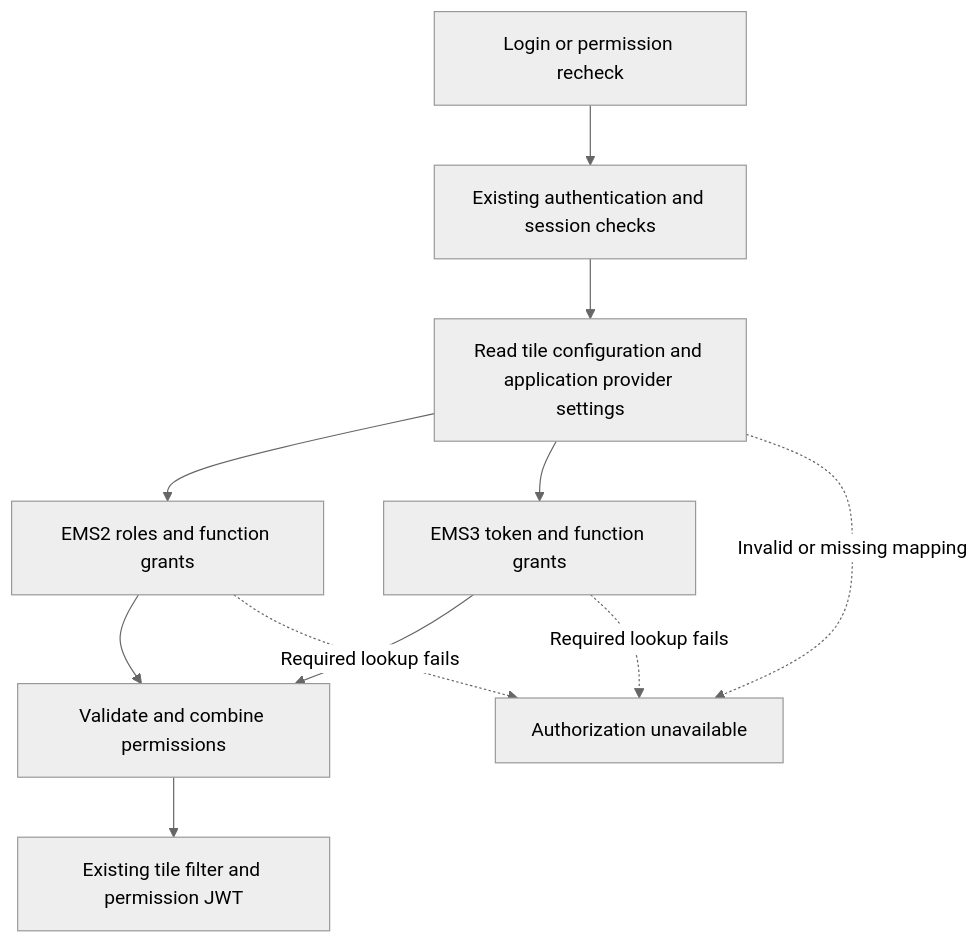
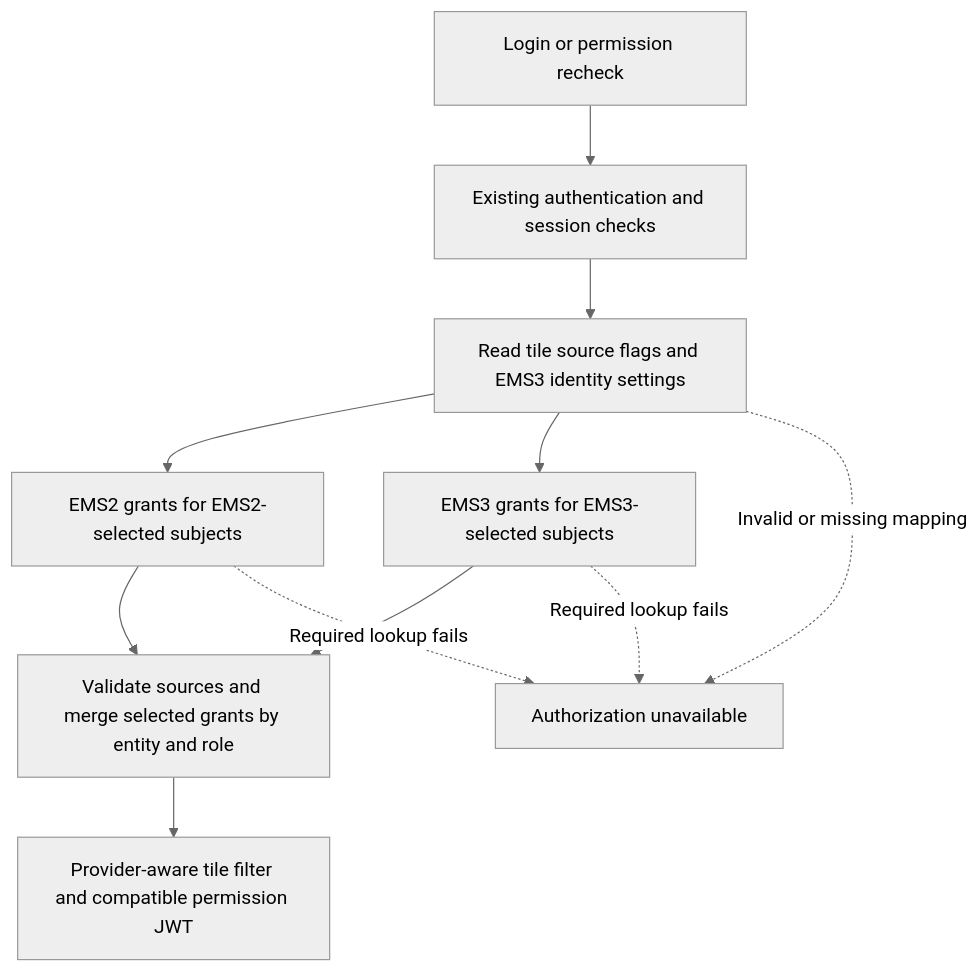
Before and after one commit to lushevol/fdc3-broker-next: the diagram in services/single-ui-bff-ems3/docs/ems3-rollout-report.md, drawn with Mermaid (neutral theme). The commit also changed other lines of this file and 1 other file, not shown here.

Commit message:
docs(ems3): compare maintenance ownership and refine rollout estimate

````diff
--- a/services/single-ui-bff-ems3/docs/ems3-rollout-report.md
+++ b/services/single-ui-bff-ems3/docs/ems3-rollout-report.md
@@ -66,13 +72,13 @@
 ```mermaid
 flowchart TD
     A[Login or permission recheck] --> B[Existing authentication and session checks]
-    B --> C[Read tile configuration and application provider settings]
-    C --> D[EMS2 roles and function grants]
-    C --> E[EMS3 token and function grants]
-    D --> F[Validate and combine permissions]
+    B --> C[Read tile source flags and EMS3 identity settings]
+    C --> D[EMS2 grants for EMS2-selected subjects]
+    C --> E[EMS3 grants for EMS3-selected subjects]
+    D --> F[Validate sources and merge selected grants by entity and role]
     E --> F
-    F --> G[Existing tile filter and permission JWT]
+    F --> G[Provider-aware tile filter and compatible permission JWT]
     C -. Invalid or missing mapping .-> H[Authorization unavailable]
     D -. Required lookup fails .-> H
     E -. Required lookup fails .-> H
 ```
````
